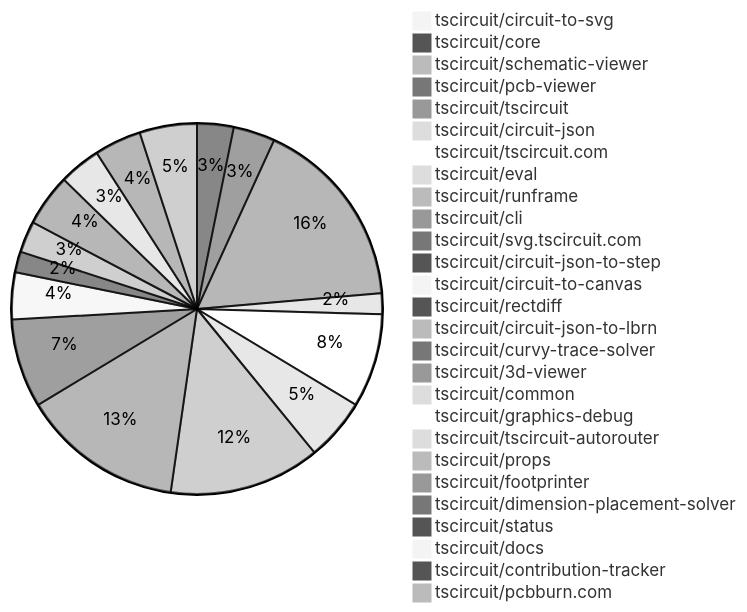
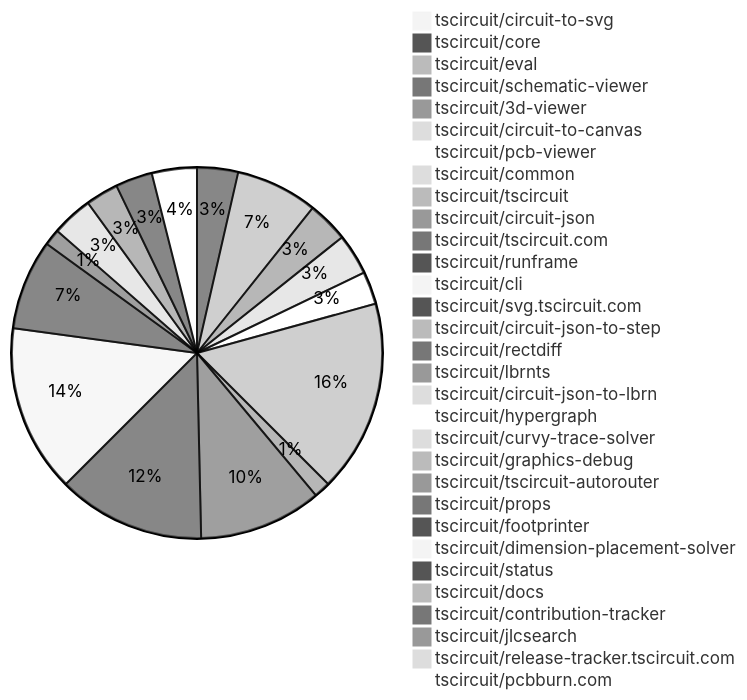
One commit to tscircuit/contribution-tracker changed the diagram in README.md. Above: the diagram before and after it, drawn with Mermaid (neutral theme). The commit also changed other lines of this file and 3 other files, not shown here.

````diff
--- a/README.md
+++ b/README.md
@@ -37,30 +37,34 @@
 ```mermaid
 pie
     "tscircuit/circuit-to-svg" : 2
-    "tscircuit/core" : 7
+    "tscircuit/core" : 10
+    "tscircuit/eval" : 20
     "tscircuit/schematic-viewer" : 1
+    "tscircuit/3d-viewer" : 10
+    "tscircuit/circuit-to-canvas" : 10
     "tscircuit/pcb-viewer" : 8
-    "tscircuit/tscircuit" : 37
+    "tscircuit/common" : 1
+    "tscircuit/tscircuit" : 47
     "tscircuit/circuit-json" : 4
-    "tscircuit/tscircuit.com" : 18
-    "tscircuit/eval" : 12
-    "tscircuit/runframe" : 29
-    "tscircuit/cli" : 31
-    "tscircuit/svg.tscircuit.com" : 17
+    "tscircuit/tscircuit.com" : 30
+    "tscircuit/runframe" : 36
+    "tscircuit/cli" : 41
+    "tscircuit/svg.tscircuit.com" : 22
     "tscircuit/circuit-json-to-step" : 2
-    "tscircuit/circuit-to-canvas" : 9
     "tscircuit/rectdiff" : 4
-    "tscircuit/circuit-json-to-lbrn" : 6
+    "tscircuit/lbrnts" : 2
+    "tscircuit/circuit-json-to-lbrn" : 10
+    "tscircuit/hypergraph" : 2
     "tscircuit/curvy-trace-solver" : 2
-    "tscircuit/3d-viewer" : 10
-    "tscircuit/common" : 1
     "tscircuit/graphics-debug" : 1
     "tscircuit/tscircuit-autorouter" : 8
     "tscircuit/props" : 1
     "tscircuit/footprinter" : 9
     "tscircuit/dimension-placement-solver" : 2
     "tscircuit/status" : 1
-    "tscircuit/docs" : 2
+    "tscircuit/docs" : 3
     "tscircuit/contribution-tracker" : 1
+    "tscircuit/jlcsearch" : 1
+    "tscircuit/release-tracker.tscircuit.com" : 1
     "tscircuit/pcbburn.com" : 11
 ```
````
